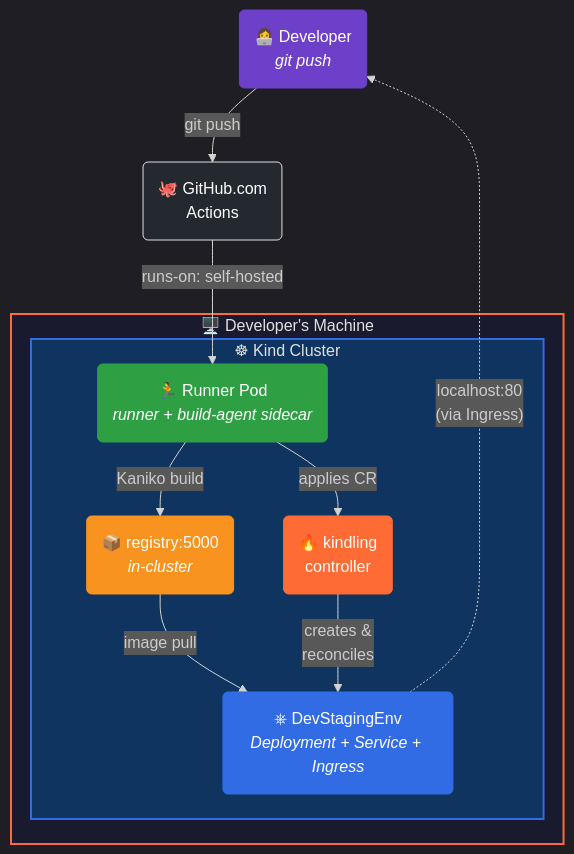
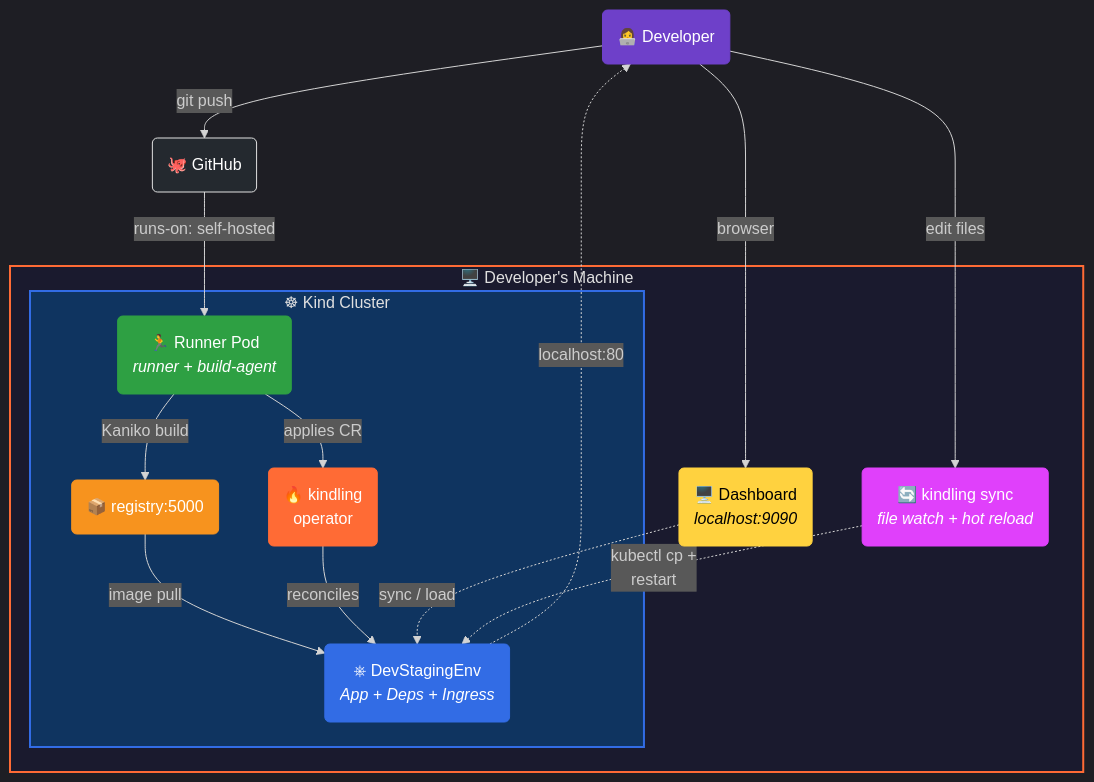
One commit to kindling-sh/kindling changed the diagram in README.md. Above: the diagram before and after it, drawn with Mermaid. The commit also changed other lines of this file and 16 other files, not shown here.

````diff
--- a/README.md
+++ b/README.md
@@ -36,34 +139,42 @@
 ```mermaid
 %%{init: {'theme': 'dark'}}%%
 flowchart TB
-    dev("👩‍💻 Developer\n<i>git push</i>")
-    gh("🐙 GitHub.com\nActions")
-
-    dev -- "git push" --> gh
-    gh -- "runs-on: self-hosted" --> runner
+    dev("👩‍💻 Developer")
 
     subgraph machine["🖥️  Developer's Machine"]
         subgraph kind["☸  Kind Cluster"]
-            controller("🔥 kindling\ncontroller")
-            runner("🏃 Runner Pod\n<i>runner + build-agent sidecar</i>")
-            registry("📦 registry:5000\n<i>in-cluster</i>")
-            staging("⎈ DevStagingEnv\n<i>Deployment + Service + Ingress</i>")
+            controller("🔥 kindling\noperator")
+            runner("🏃 Runner Pod\n<i>runner + build-agent</i>")
+            registry("📦 registry:5000")
+            staging("⎈ DevStagingEnv\n<i>App + Deps + Ingress</i>")
 
             runner -- "Kaniko build" --> registry
             registry -- "image pull" --> staging
-            controller -- "creates &\nreconciles" --> staging
+            controller -- "reconciles" --> staging
             runner -- "applies CR" --> controller
         end
+
+        dashboard("🖥️ Dashboard\n<i>localhost:9090</i>")
+        sync("🔄 kindling sync\n<i>file watch + hot reload</i>")
+
+        dashboard -. "sync / load" .-> staging
+        sync -. "kubectl cp +\nrestart" .-> staging
     end
 
-    staging -. "localhost:80\n(via Ingress)" .-> dev
+    dev -- "git push" --> gh("🐙 GitHub")
+    gh -- "runs-on: self-hosted" --> runner
+    staging -. "localhost:80" .-> dev
+    dev -- "edit files" --> sync
+    dev -- "browser" --> dashboard
 
     style machine fill:#1a1a2e,stroke:#FF6B35,color:#e0e0e0,stroke-width:2px
     style kind fill:#0f3460,stroke:#326CE5,color:#e0e0e0,stroke-width:2px
     style controller fill:#FF6B35,stroke:#FF6B35,color:#fff
     style runner fill:#2ea043,stroke:#2ea043,color:#fff
     style registry fill:#F7931E,stroke:#F7931E,color:#fff
     style staging fill:#326CE5,stroke:#326CE5,color:#fff
     style dev fill:#6e40c9,stroke:#6e40c9,color:#fff
     style gh fill:#24292f,stroke:#e0e0e0,color:#fff
+    style dashboard fill:#FFD23F,stroke:#FFD23F,color:#000
+    style sync fill:#e040fb,stroke:#e040fb,color:#fff
 ```
````
